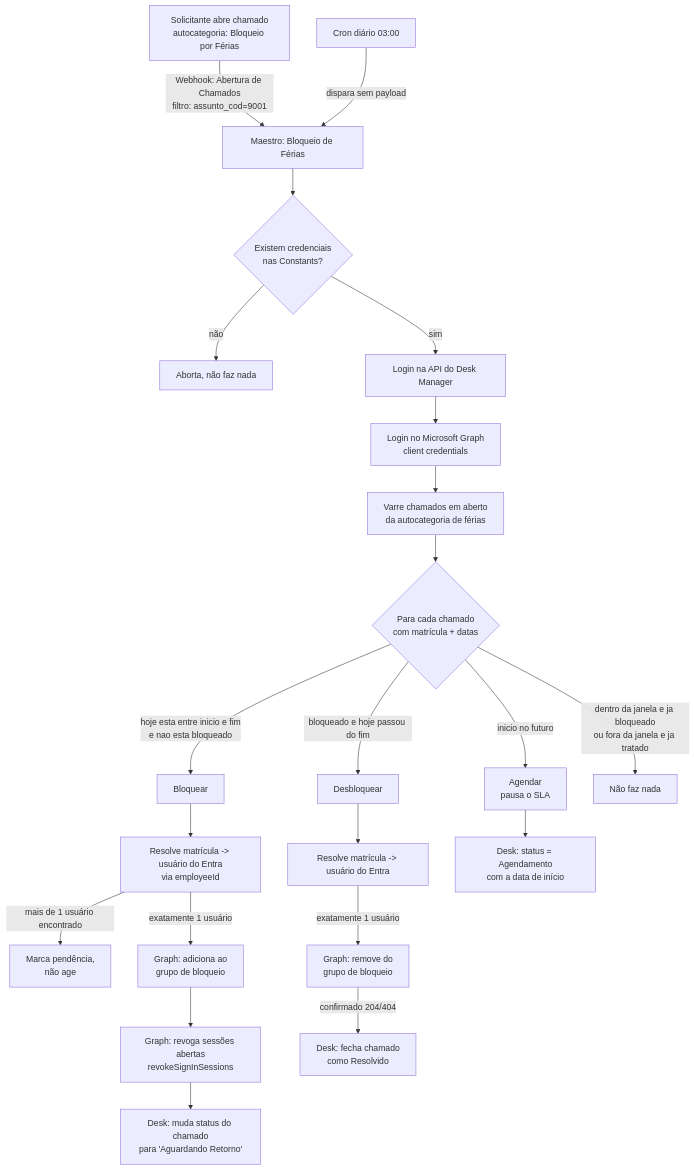
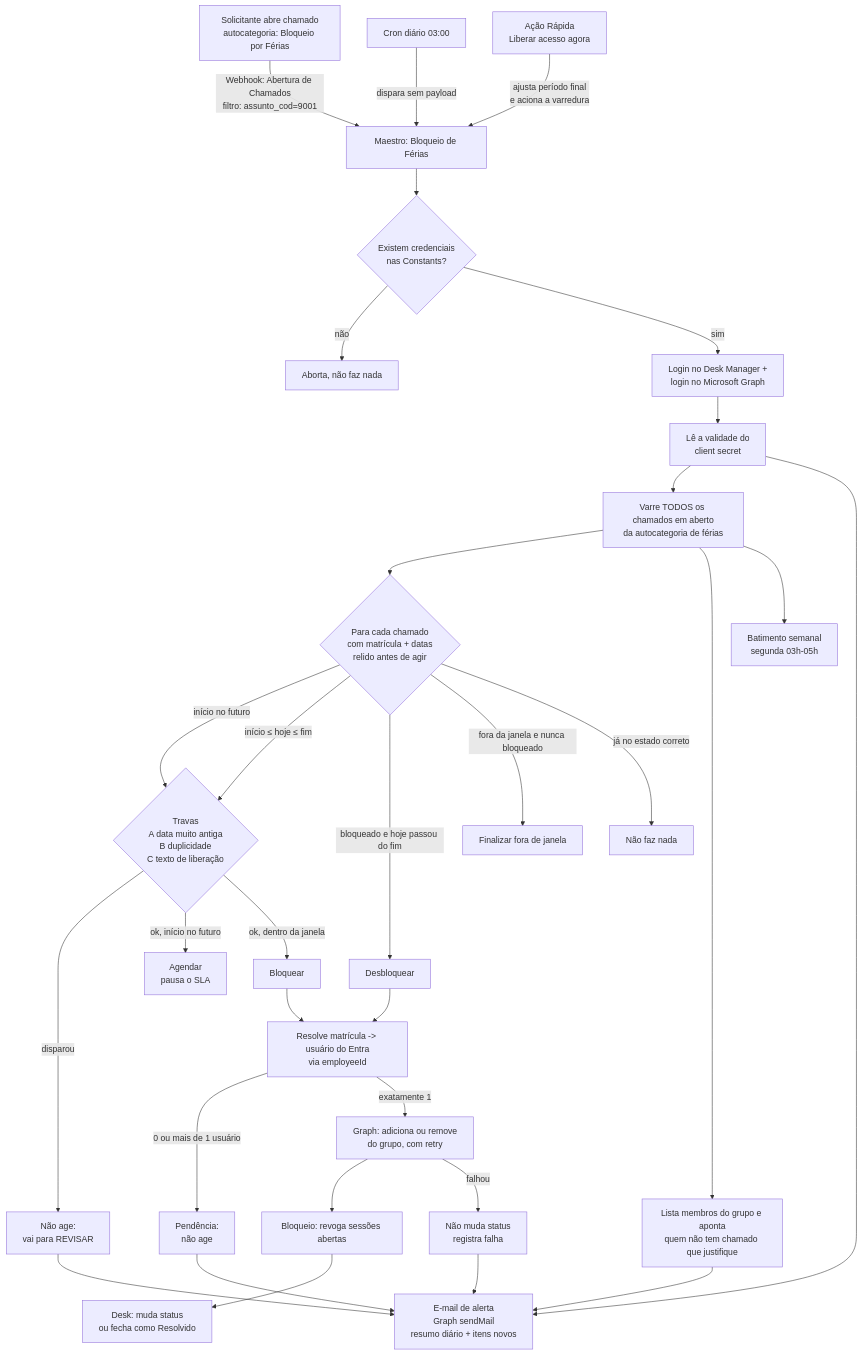
Before and after one commit to EdPelegrini/BloqueioFeriasDeskManagerEntraID: the first of 2 diagrams in docs/arquitetura.md, drawn with Mermaid. The commit also changed other lines of this file and 4 other files, not shown here.

First line of the commit message:
docs: atualiza documentação e código para o estado atual da automação

````diff
--- a/docs/arquitetura.md
+++ b/docs/arquitetura.md
@@ -7,29 +7,39 @@
 ```mermaid
 flowchart TD
     A[Solicitante abre chamado<br/>autocategoria: Bloqueio por Férias] -->|Webhook: Abertura de Chamados<br/>filtro: assunto_cod=9001| M[Maestro: Bloqueio de Férias]
     C[Cron diário 03:00] -->|dispara sem payload| M
+    Q[Ação Rápida<br/>Liberar acesso agora] -->|ajusta período final<br/>e aciona a varredura| M
 
     M --> D{Existem credenciais<br/>nas Constants?}
     D -- não --> ABORT[Aborta, não faz nada]
-    D -- sim --> L1[Login na API do Desk Manager]
-    L1 --> L2[Login no Microsoft Graph<br/>client credentials]
-    L2 --> SCAN[Varre chamados em aberto<br/>da autocategoria de férias]
+    D -- sim --> L1[Login no Desk Manager +<br/>login no Microsoft Graph]
+    L1 --> SEC[Lê a validade do<br/>client secret]
+    SEC --> SCAN[Varre TODOS os chamados em aberto<br/>da autocategoria de férias]
 
-    SCAN --> ITEM{Para cada chamado<br/>com matrícula + datas}
-    ITEM -->|hoje esta entre inicio e fim<br/>e nao esta bloqueado| BLOCK[Bloquear]
+    SCAN --> ITEM{Para cada chamado<br/>com matrícula + datas<br/>relido antes de agir}
+    ITEM -->|início no futuro| GUARD
+    ITEM -->|início ≤ hoje ≤ fim| GUARD
     ITEM -->|bloqueado e hoje passou do fim| UNBLOCK[Desbloquear]
-    ITEM -->|inicio no futuro| WAIT[Agendar<br/>pausa o SLA]
-    ITEM -->|dentro da janela e ja bloqueado<br/>ou fora da janela e ja tratado| SKIP[Não faz nada]
+    ITEM -->|fora da janela e nunca bloqueado| CLOSE[Finalizar fora de janela]
+    ITEM -->|já no estado correto| SKIP[Não faz nada]
 
-    BLOCK --> RESOLVE1[Resolve matrícula -> usuário do Entra<br/>via employeeId]
-    RESOLVE1 -->|mais de 1 usuário encontrado| PEND[Marca pendência,<br/>não age]
-    RESOLVE1 -->|exatamente 1 usuário| ADDGROUP[Graph: adiciona ao<br/>grupo de bloqueio]
-    ADDGROUP --> REVOKE[Graph: revoga sessões abertas<br/>revokeSignInSessions]
-    REVOKE --> STATUS1[Desk: muda status do chamado<br/>para 'Aguardando Retorno']
+    GUARD{Travas<br/>A data muito antiga<br/>B duplicidade<br/>C texto de liberação} -->|disparou| REV[Não age:<br/>vai para REVISAR]
+    GUARD -->|ok, início no futuro| WAIT[Agendar<br/>pausa o SLA]
+    GUARD -->|ok, dentro da janela| BLOCK[Bloquear]
 
-    UNBLOCK --> RESOLVE2[Resolve matrícula -> usuário do Entra]
-    RESOLVE2 -->|exatamente 1 usuário| DELGROUP[Graph: remove do<br/>grupo de bloqueio]
-    DELGROUP -->|confirmado 204/404| STATUS2[Desk: fecha chamado<br/>como Resolvido]
+    BLOCK --> RES1[Resolve matrícula -> usuário do Entra<br/>via employeeId]
+    UNBLOCK --> RES1
+    RES1 -->|0 ou mais de 1 usuário| PEND[Pendência:<br/>não age]
+    RES1 -->|exatamente 1| GRAPH[Graph: adiciona ou remove<br/>do grupo, com retry]
+    GRAPH --> REVOKE[Bloqueio: revoga sessões abertas]
+    REVOKE --> ST[Desk: muda status<br/>ou fecha como Resolvido]
+    GRAPH -->|falhou| FAIL[Não muda status<br/>registra falha]
 
-    WAIT --> STATUS3[Desk: status = Agendamento<br/>com a data de início]
+    SCAN --> ORF[Lista membros do grupo e aponta<br/>quem não tem chamado que justifique]
+    REV --> MAIL
+    PEND --> MAIL
+    FAIL --> MAIL
+    ORF --> MAIL
+    SEC --> MAIL[E-mail de alerta<br/>Graph sendMail<br/>resumo diário + itens novos]
+    SCAN --> HB[Batimento semanal<br/>segunda 03h-05h]
 ```
````
